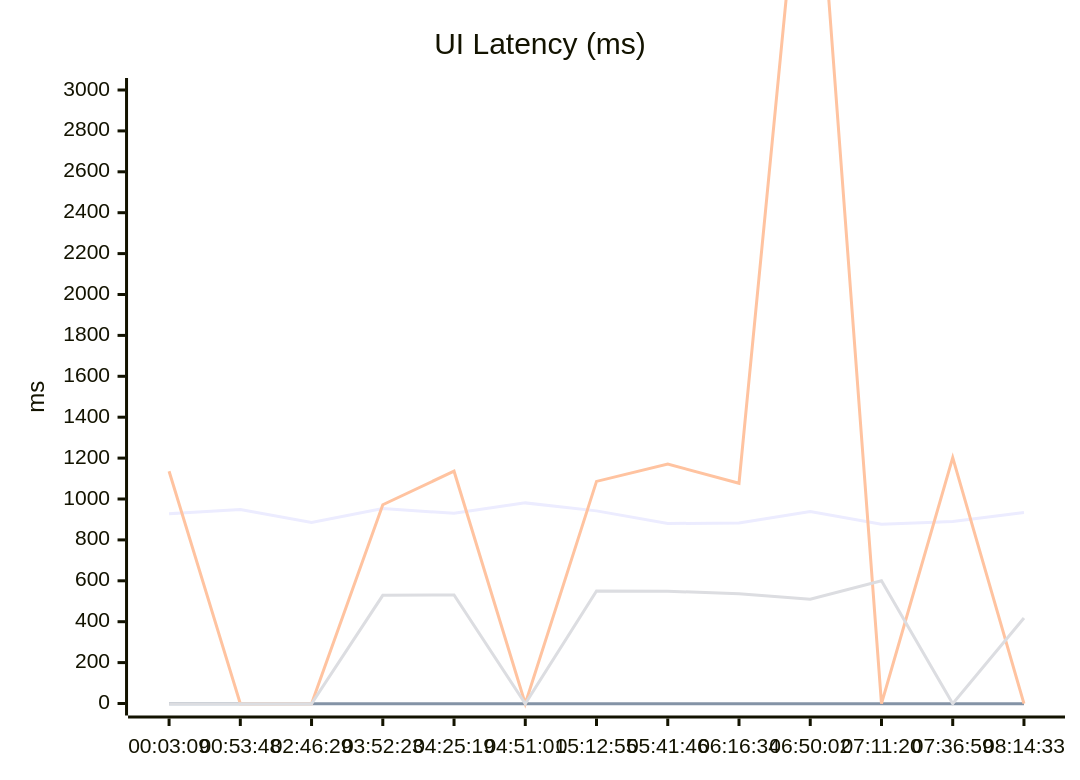
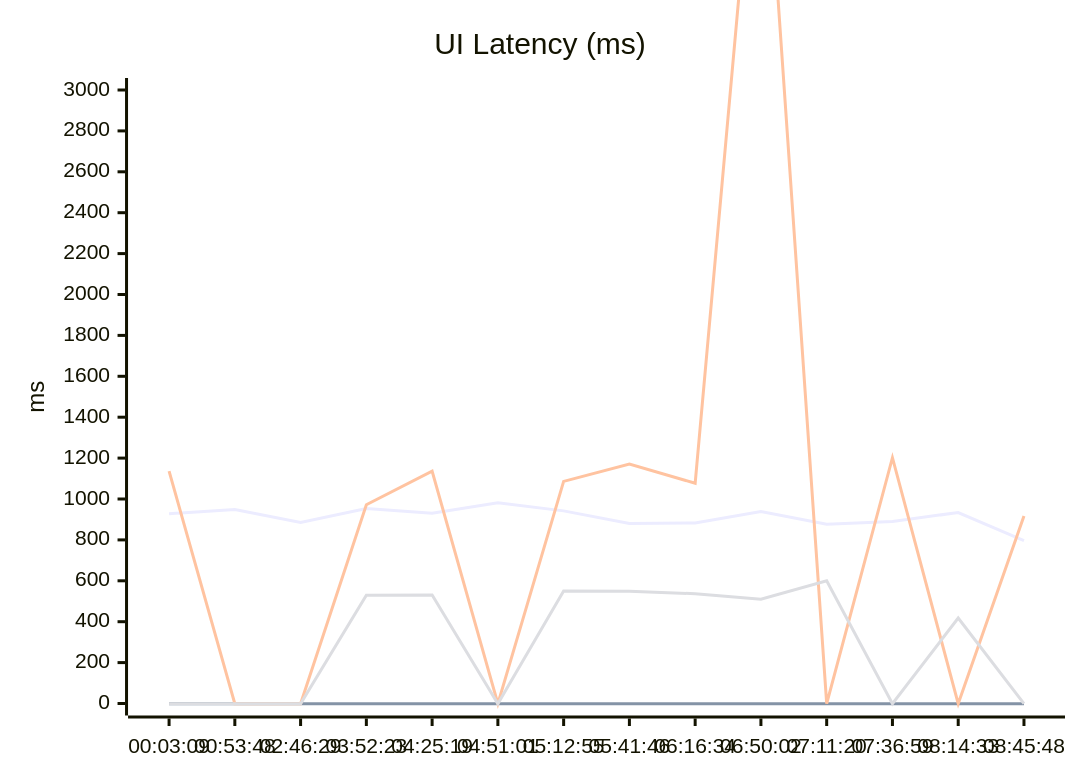
One commit to greenwave1987/clash_test changed the diagram in README.md. Above: the diagram before and after it, drawn with Mermaid. The commit also changed other lines of this file and 1 other file, not shown here.

Commit message:
chore: update UI latency history

````diff
--- a/README.md
+++ b/README.md
@@ -16,10 +16,10 @@
 ```mermaid
 xychart-beta
   title "UI Latency (ms)"
-  x-axis ["00:03:09", "00:53:48", "02:46:29", "03:52:23", "04:25:19", "04:51:01", "05:12:55", "05:41:46", "06:16:34", "06:50:02", "07:11:20", "07:36:59", "08:14:33"]
+  x-axis ["00:03:09", "00:53:48", "02:46:29", "03:52:23", "04:25:19", "04:51:01", "05:12:55", "05:41:46", "06:16:34", "06:50:02", "07:11:20", "07:36:59", "08:14:33", "08:45:48"]
   y-axis "ms" 0 --> 3000
-  line "http://jz.***.uy" [928, 949, 885, 953, 930, 981, 942, 880, 883, 939, 877, 890, 934]
-  line "http://jz.***.io" [-1, -1, -1, -1, -1, -1, -1, -1, -1, -1, -1, -1, -1]
-  line "http://greenwave1987.***.in" [1136, -1, -1, 972, 1136, -1, 1086, 1171, 1077, 4657, -1, 1202, -1]
-  line "http://jz.***.xyz" [-1, -1, -1, 529, 531, -1, 550, 549, 537, 510, 600, -1, 418]
+  line "http://jz.***.uy" [928, 949, 885, 953, 930, 981, 942, 880, 883, 939, 877, 890, 934, 796]
+  line "http://jz.***.io" [-1, -1, -1, -1, -1, -1, -1, -1, -1, -1, -1, -1, -1, -1]
+  line "http://greenwave1987.***.in" [1136, -1, -1, 972, 1136, -1, 1086, 1171, 1077, 4657, -1, 1202, -1, 917]
+  line "http://jz.***.xyz" [-1, -1, -1, 529, 531, -1, 550, 549, 537, 510, 600, -1, 418, -1]
 ```
````
